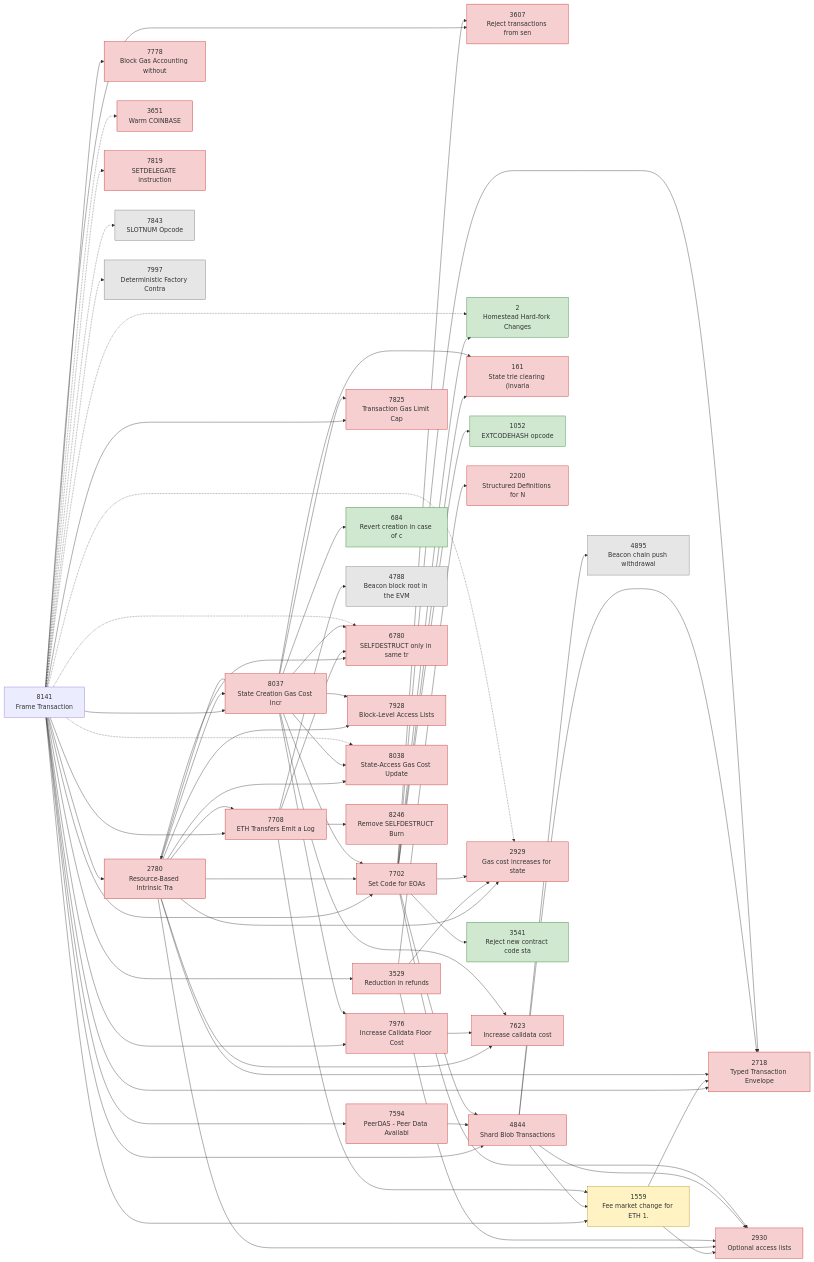
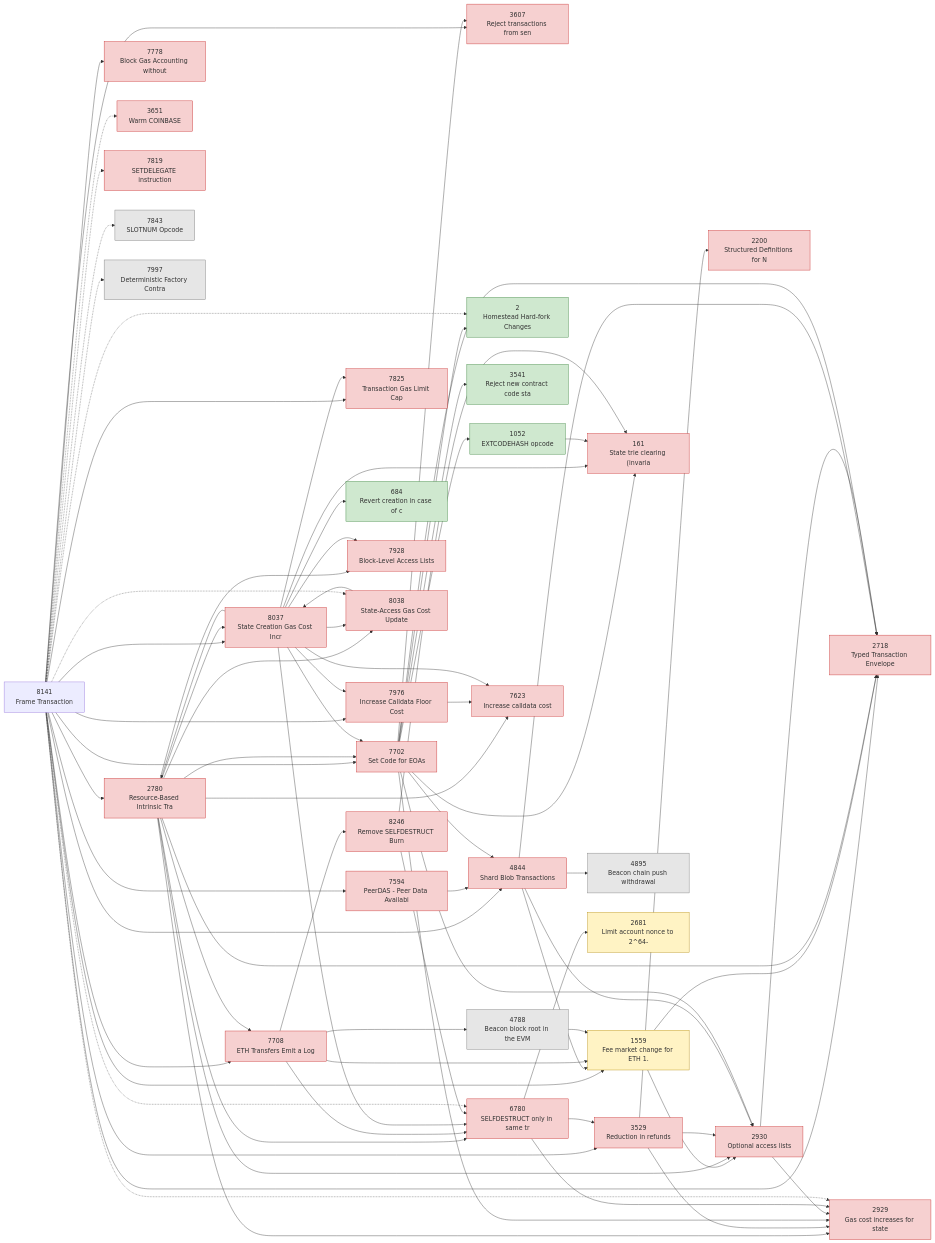
The diagram in eip8141-deps.md (smishraIOV/frame-tx-helper), drawn with Mermaid before and after one commit. The commit also changed other lines of this file and 2 other files, not shown here.

````diff
--- a/eip8141-deps.md
+++ b/eip8141-deps.md
@@ -91,6 +92,7 @@
   E7928["7928<br/>Block-Level Access Lists"]
   E8038["8038<br/>State-Access Gas Cost Update"]
   E8246["8246<br/>Remove SELFDESTRUCT Burn"]
+  E2681["2681<br/>Limit account nonce to 2^64-"]
   E8141 --> E1559
   E8141 --> E2718
   E8141 --> E2780
@@ -148,6 +150,16 @@
   E8037 --> E7928
   E8037 --> E7976
   E8037 --> E8038
+  E2930 --> E2718
+  E2930 --> E2929
+  E6780 --> E2681
+  E6780 --> E2929
+  E6780 --> E3529
+  E8038 --> E8037
+  E1052 --> E161
+  E4788 --> E1559
+  E8246 --> E161
+  E8246 --> E6780
   E8141 -.-> E2
   E8141 -.-> E2929
   E8141 -.-> E3651
@@ -192,4 +204,5 @@
   class E7928 no
   class E8038 no
   class E8246 no
+  class E2681 partial
 ```
````
